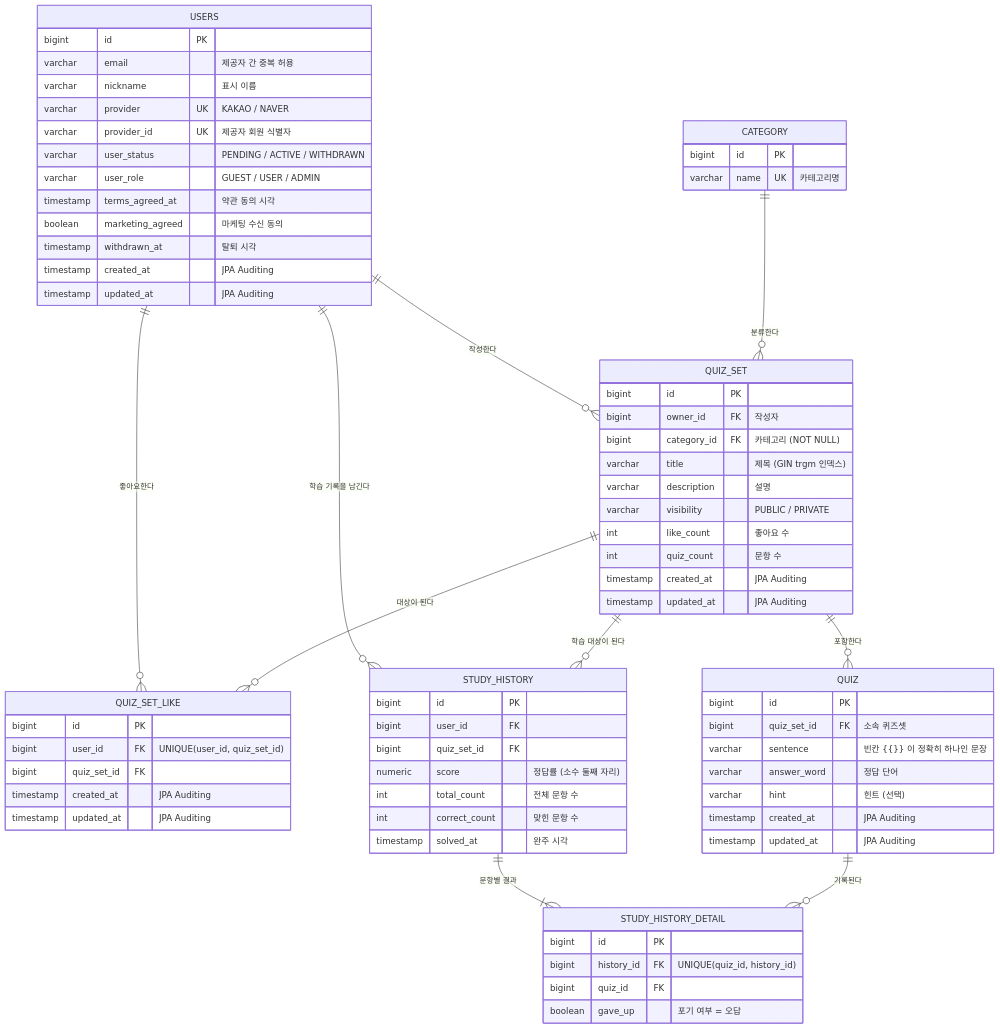
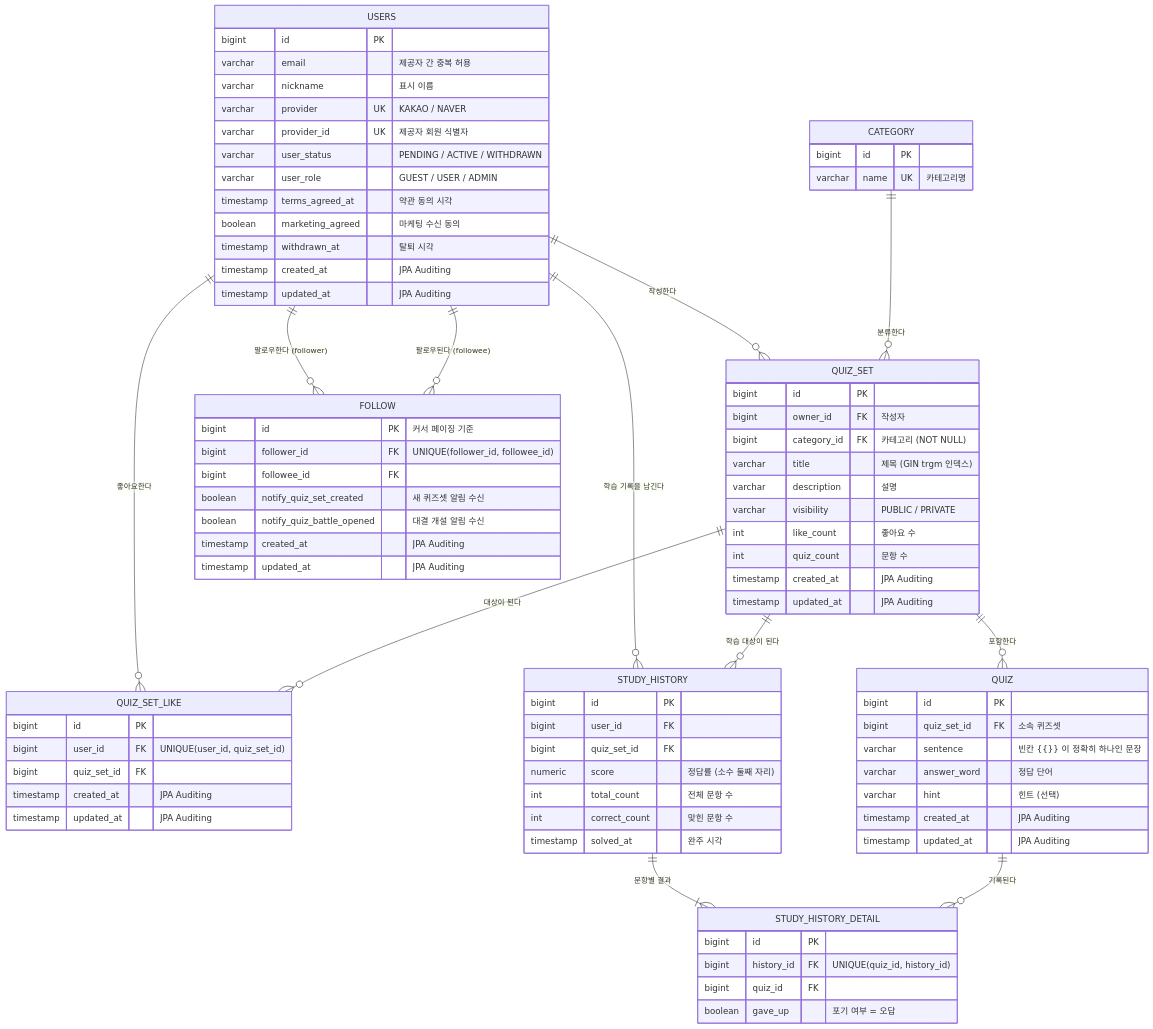
The first of 5 diagrams in README.md (ddogga/blanken_server_v2), drawn with Mermaid before and after one commit. The commit also changed other lines of this file and 1 other file, not shown here.

Commit message:
document : 현재 진행 상황에 맞춰 문서 업데이트

````diff
--- a/README.md
+++ b/README.md
@@ -73,6 +74,8 @@
     USERS ||--o{ QUIZ_SET : "작성한다"
     USERS ||--o{ QUIZ_SET_LIKE : "좋아요한다"
     USERS ||--o{ STUDY_HISTORY : "학습 기록을 남긴다"
+    USERS ||--o{ FOLLOW : "팔로우한다 (follower)"
+    USERS ||--o{ FOLLOW : "팔로우된다 (followee)"
     CATEGORY ||--o{ QUIZ_SET : "분류한다"
     QUIZ_SET ||--o{ QUIZ : "포함한다"
     QUIZ_SET ||--o{ QUIZ_SET_LIKE : "대상이 된다"
@@ -147,4 +150,14 @@
         bigint quiz_id FK
         boolean gave_up "포기 여부 = 오답"
     }
+
+    FOLLOW {
+        bigint id PK "커서 페이징 기준"
+        bigint follower_id FK "UNIQUE(follower_id, followee_id)"
+        bigint followee_id FK
+        boolean notify_quiz_set_created "새 퀴즈셋 알림 수신"
+        boolean notify_quiz_battle_opened "대결 개설 알림 수신"
+        timestamp created_at "JPA Auditing"
+        timestamp updated_at "JPA Auditing"
+    }
 ```
````
